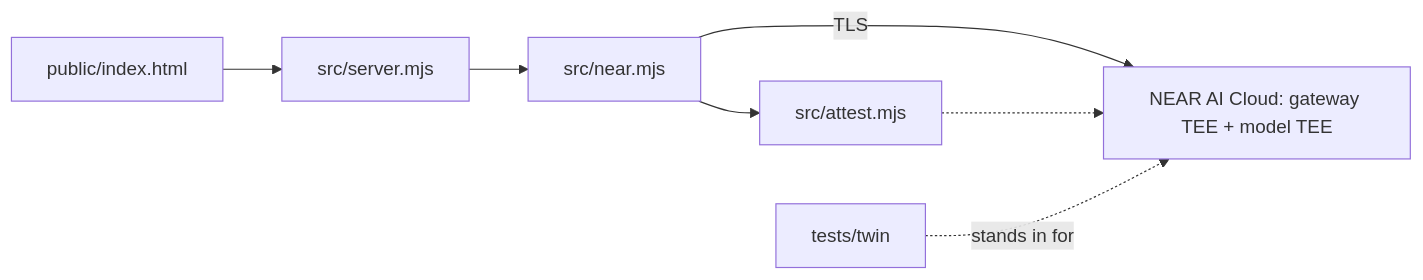
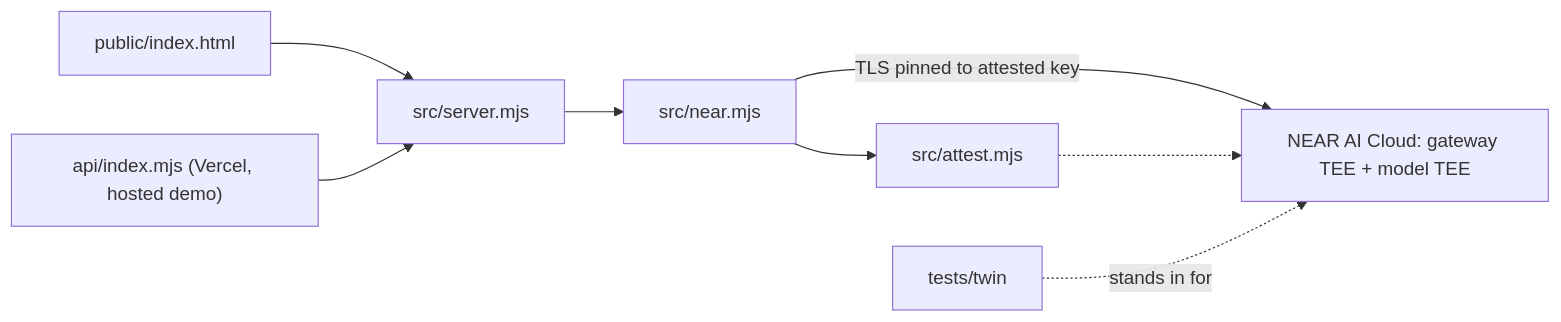
The diagram in OUTLINE.md (oocoder/saferedline), drawn with Mermaid before and after one commit. The commit also changed other lines of this file and 2 other files, not shown here.

````diff
--- a/OUTLINE.md
+++ b/OUTLINE.md
@@ -21,9 +21,10 @@
 ```mermaid
 flowchart LR
   UI["public/index.html"] --> SRV["src/server.mjs"]
   SRV --> NEAR["src/near.mjs"]
   NEAR --> ATT["src/attest.mjs"]
-  NEAR -->|TLS| CLOUD["NEAR AI Cloud: gateway TEE + model TEE"]
+  VERCEL["api/index.mjs (Vercel, hosted demo)"] --> SRV
+  NEAR -->|"TLS pinned to attested key"| CLOUD["NEAR AI Cloud: gateway TEE + model TEE"]
   ATT -.-> CLOUD
   TWIN["tests/twin"] -.->|"stands in for"| CLOUD
 ```
````
